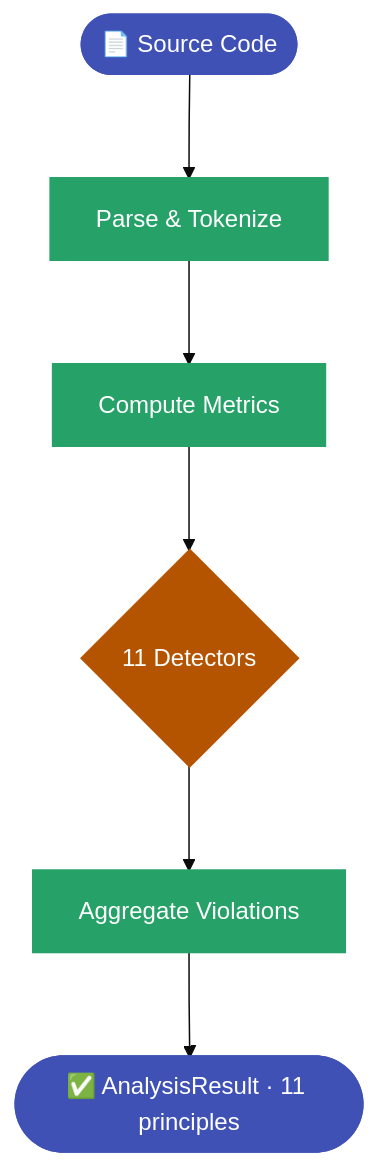
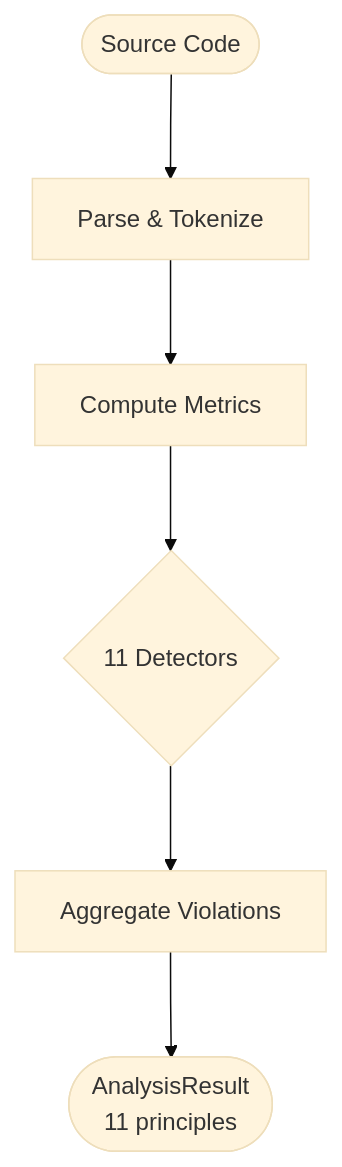
Before and after one commit to Anselmoo/mcp-zen-of-languages: the third of 4 diagrams in docs/user-guide/languages/ruby.md, drawn with Mermaid. The commit also changed other lines of this file and 18 other files, not shown here.

````diff
--- a/docs/user-guide/languages/ruby.md
+++ b/docs/user-guide/languages/ruby.md
@@ -400,16 +350,9 @@
     ```mermaid
-%%{init: {"theme": "base", "flowchart": {"useMaxWidth": false, "htmlLabels": true, "nodeSpacing": 50, "rankSpacing": 70}}}%%
+    %%{init: {"theme": "base", "flowchart": {"useMaxWidth": false, "htmlLabels": true, "nodeSpacing": 50, "rankSpacing": 70}}}%%
     flowchart TD
-    Source(["📄 Source Code"]) --> Parse["Parse & Tokenize"]
+    Source(["Source Code"]) --> Parse["Parse & Tokenize"]
     Parse --> Metrics["Compute Metrics"]
     Metrics --> Pipeline{"11 Detectors"}
     Pipeline --> Collect["Aggregate Violations"]
-    Collect --> Result(["✅ AnalysisResult · 11 principles"])
-
-    classDef io fill:#4051b5,color:#ffffff,stroke:#4051b5,stroke-width:2px
-    classDef process fill:#26a269,color:#ffffff,stroke:#26a269,stroke-width:2px
-    classDef decision fill:#b55400,color:#ffffff,stroke:#b55400,stroke-width:2px
-    class Source,Result io
-    class Parse,Metrics,Collect process
-    class Pipeline decision
+    Collect --> Result(["AnalysisResult<br/>11 principles"])
     ```
````
